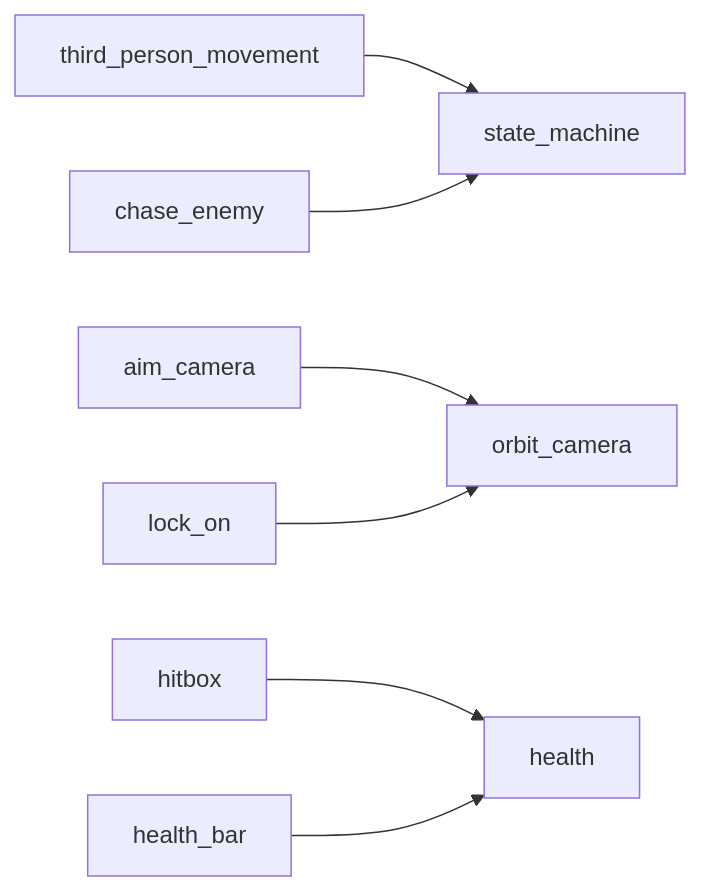
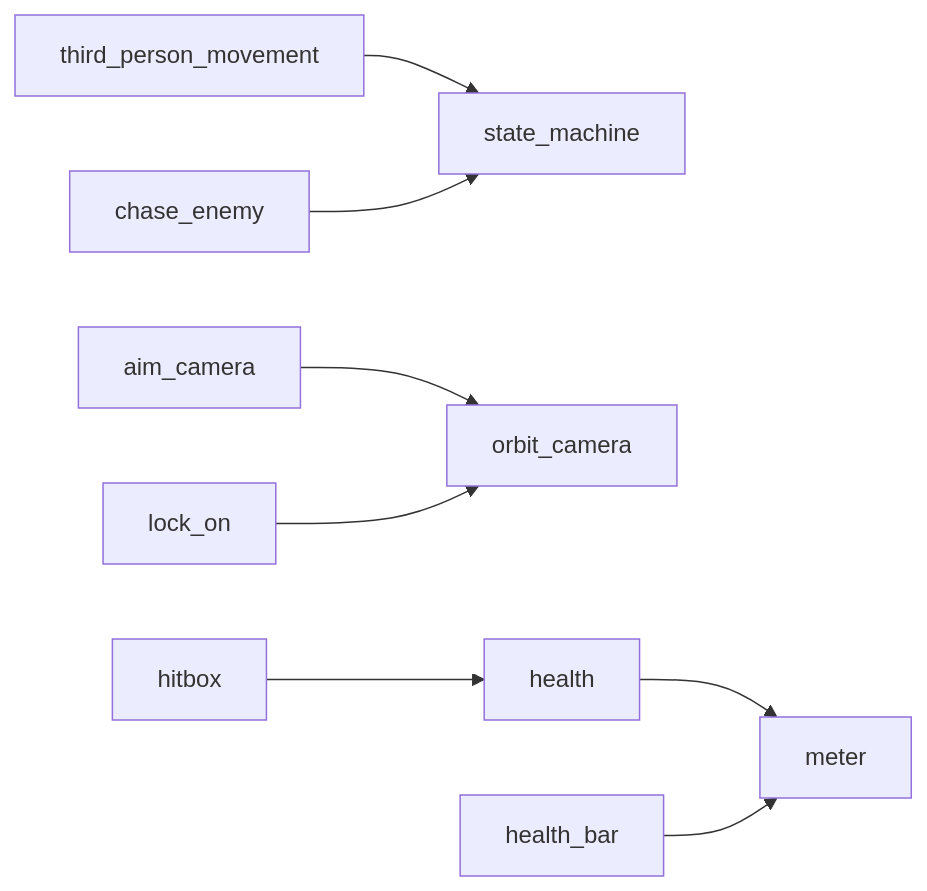
Before and after one commit to xcwds/Godot-Cookbook: the diagram in docs/architecture.md, drawn with Mermaid. The commit also changed other lines of this file and 24 other files, not shown here.

First line of the commit message:
Add a Meter recipe and build Health on it (#57)

````diff
--- a/docs/architecture.md
+++ b/docs/architecture.md
@@ -9,9 +9,10 @@
 ```mermaid
 flowchart LR
     third_person_movement --> state_machine
     chase_enemy --> state_machine
     aim_camera --> orbit_camera
     lock_on --> orbit_camera
     hitbox --> health
-    health_bar --> health
+    health --> meter
+    health_bar --> meter
 ```
````
